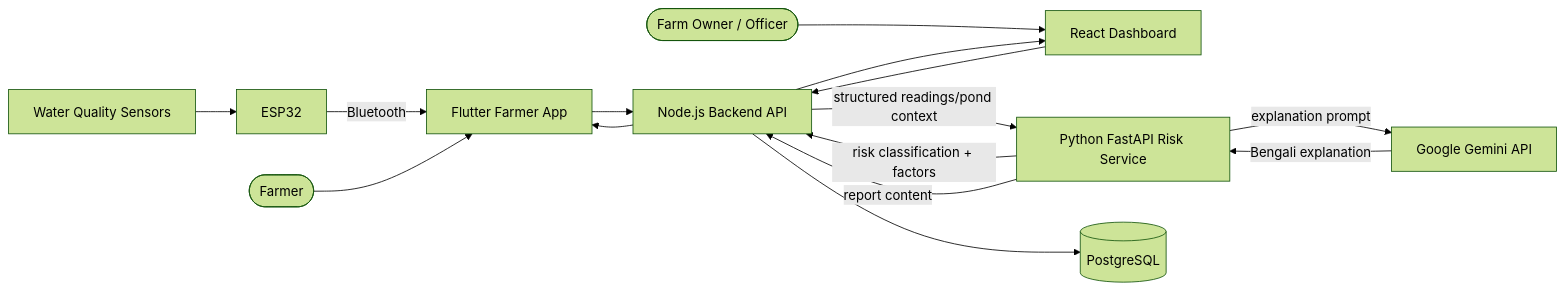
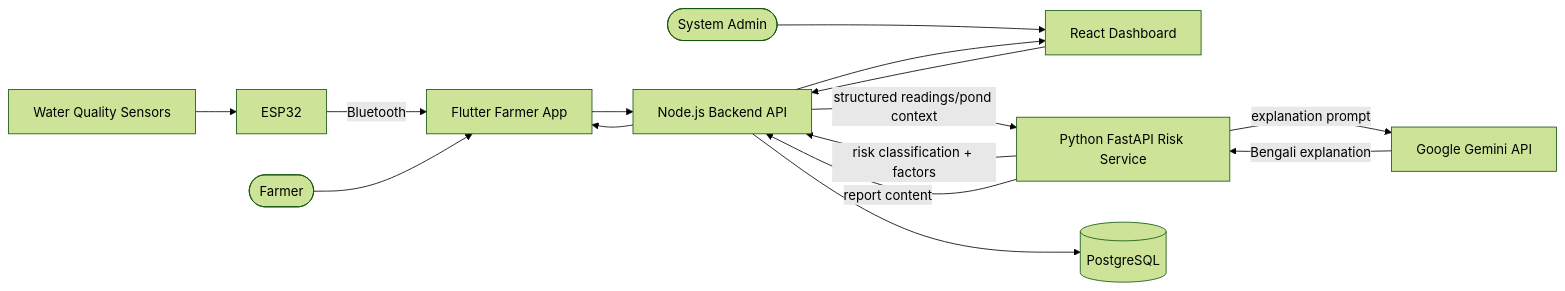
The first of 3 diagrams in docs/architecture/SYSTEM_ARCHITECTURE.md (Grb-47/ShrimpGuard-AI), drawn with Mermaid (forest theme) before and after one commit. The commit also changed other lines of this file and 9 other files, not shown here.

````diff
--- a/docs/architecture/SYSTEM_ARCHITECTURE.md
+++ b/docs/architecture/SYSTEM_ARCHITECTURE.md
@@ -38,28 +38,28 @@
 ```mermaid
 flowchart LR
     Farmer([Farmer])
-    Officer([Farm Owner / Officer])
+    Admin([System Admin])
     Sensors[Water Quality Sensors]
     ESP32[ESP32]
     App[Flutter Farmer App]
     Web[React Dashboard]
     Node[Node.js Backend API]
     Risk[Python FastAPI Risk Service]
     DB[(PostgreSQL)]
     Gemini[Google Gemini API]
 
     Sensors --> ESP32
     ESP32 -- Bluetooth --> App
     Farmer --> App
-    Officer --> Web
+    Admin --> Web
     App --> Node
     Web --> Node
     Node --> DB
     Node -- structured readings/pond context --> Risk
     Risk -- risk classification + factors --> Node
     Risk -- explanation prompt --> Gemini
     Gemini -- Bengali explanation --> Risk
     Risk -- report content --> Node
     Node --> App
     Node --> Web
 ```
````
